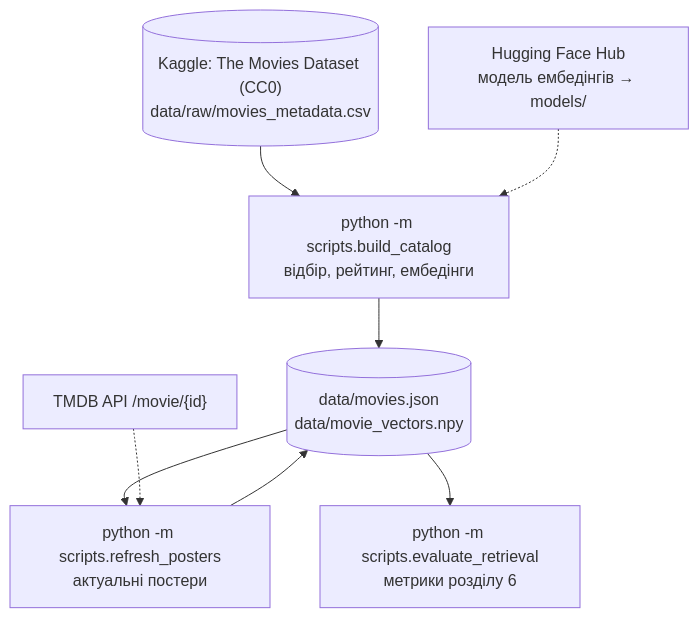
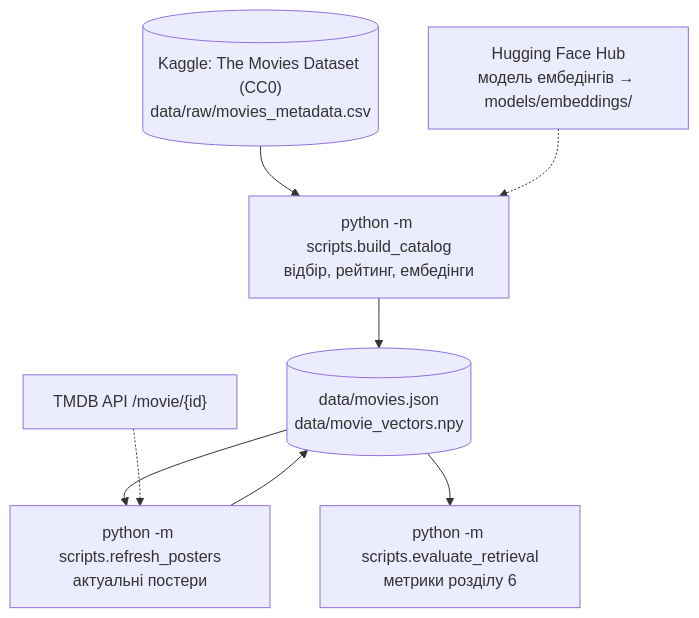
One commit to woldemarg/movie_rs changed the second of 4 diagrams in docs/05-e2e-workflow.md. Above: the diagram before and after it, drawn with Mermaid. The commit also changed other lines of this file and 17 other files, not shown here.

````diff
--- a/docs/05-e2e-workflow.md
+++ b/docs/05-e2e-workflow.md
@@ -73,18 +73,18 @@
 ```mermaid
 flowchart TB
     kaggle[("Kaggle: The Movies Dataset (CC0)<br/>data/raw/movies_metadata.csv")]
     build["python -m scripts.build_catalog<br/>відбір, рейтинг, ембедінги"]
-    hf["Hugging Face Hub<br/>модель ембедінгів → models/"]
+    hf["Hugging Face Hub<br/>модель ембедінгів → models/embeddings/"]
     catalog[("data/movies.json<br/>data/movie_vectors.npy")]
     posters["python -m scripts.refresh_posters<br/>актуальні постери"]
     tmdb["TMDB API /movie/{id}"]
     evaluate["python -m scripts.evaluate_retrieval<br/>метрики розділу 6"]
 
     kaggle --> build
     hf -.-> build
     build --> catalog
     catalog --> posters
     tmdb -.-> posters
     posters --> catalog
     catalog --> evaluate
 ```
````
